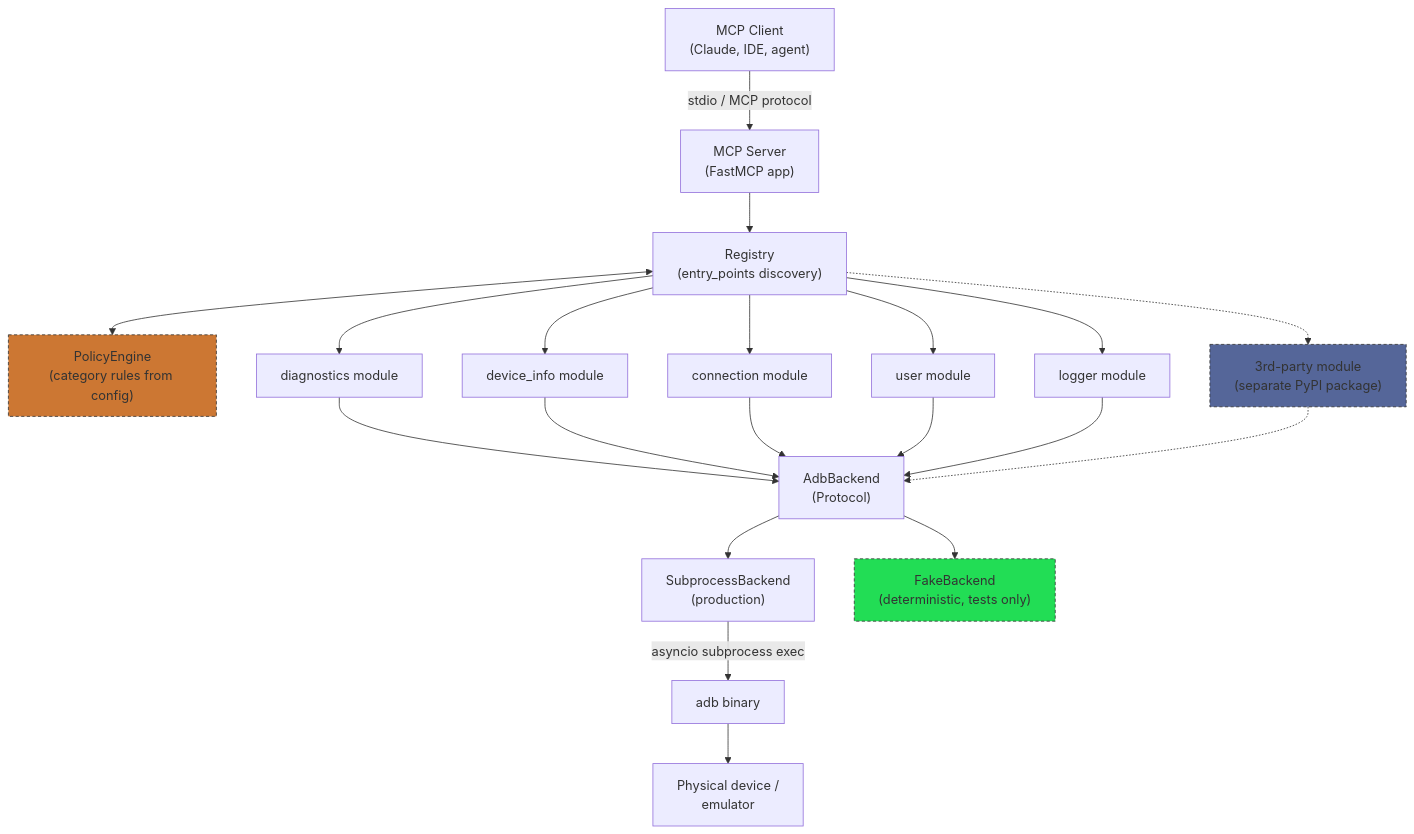
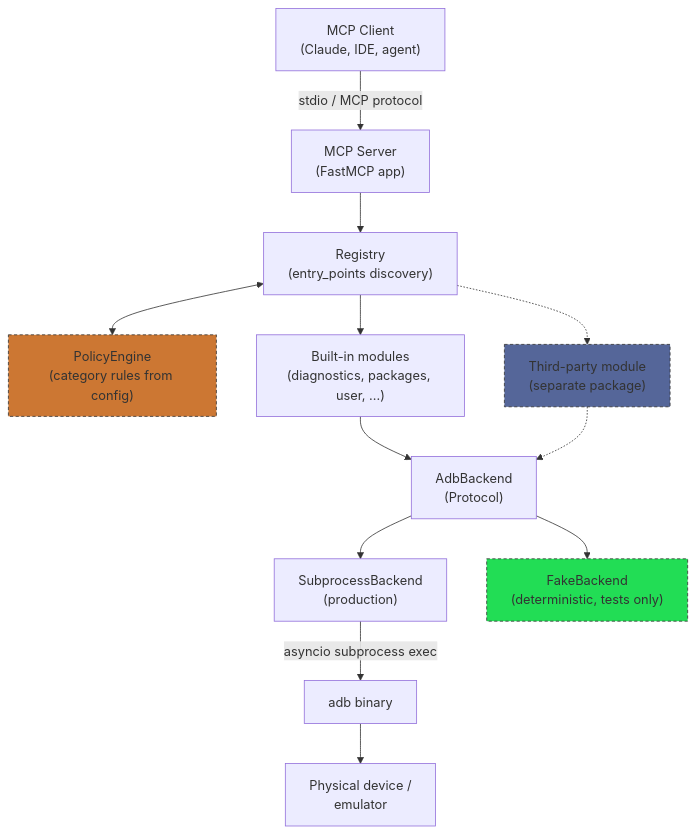
Before and after one commit to allaudin/adb-automation-mcp: the first of 5 diagrams in docs/ARCHITECTURE.md, drawn with Mermaid. The commit also changed other lines of this file and 3 other files, not shown here.

First line of the commit message:
Remove development status and roadmap notes from docs (#56)

````diff
--- a/docs/ARCHITECTURE.md
+++ b/docs/ARCHITECTURE.md
@@ -94,30 +17,22 @@
 ```mermaid
 graph TB
     Client["MCP Client<br/>(Claude, IDE, agent)"] -->|stdio / MCP protocol| Server["MCP Server<br/>(FastMCP app)"]
 
     Server --> Registry["Registry<br/>(entry_points discovery)"]
     Registry <--> Policy["PolicyEngine<br/>(category rules from config)"]
-    Registry --> ModDiag["diagnostics module"]
-    Registry --> ModDevices["device_info module"]
-    Registry --> ModConn["connection module"]
-    Registry --> ModUser["user module"]
-    Registry --> ModLogger["logger module"]
-    Registry -.-> ModExt["3rd-party module<br/>(separate PyPI package)"]
+    Registry --> ModBuiltin["Built-in modules<br/>(diagnostics, packages, user, ...)"]
+    Registry -.-> ModExt["Third-party module<br/>(separate package)"]
 
-    ModDiag --> Backend["AdbBackend<br/>(Protocol)"]
-    ModDevices --> Backend
-    ModConn --> Backend
-    ModUser --> Backend
-    ModLogger --> Backend
+    ModBuiltin --> Backend["AdbBackend<br/>(Protocol)"]
     ModExt -.-> Backend
 
     Backend --> Sub["SubprocessBackend<br/>(production)"]
     Backend --> Fake["FakeBackend<br/>(deterministic, tests only)"]
 
     Sub -->|asyncio subprocess exec| ADB["adb binary"]
     ADB --> Device["Physical device /<br/>emulator"]
 
     style Fake fill:#2d5,stroke:#333,stroke-dasharray: 4 3
     style ModExt fill:#569,stroke:#333,stroke-dasharray: 4 3
     style Policy fill:#c73,stroke:#333,stroke-dasharray: 4 3
 ```
````
